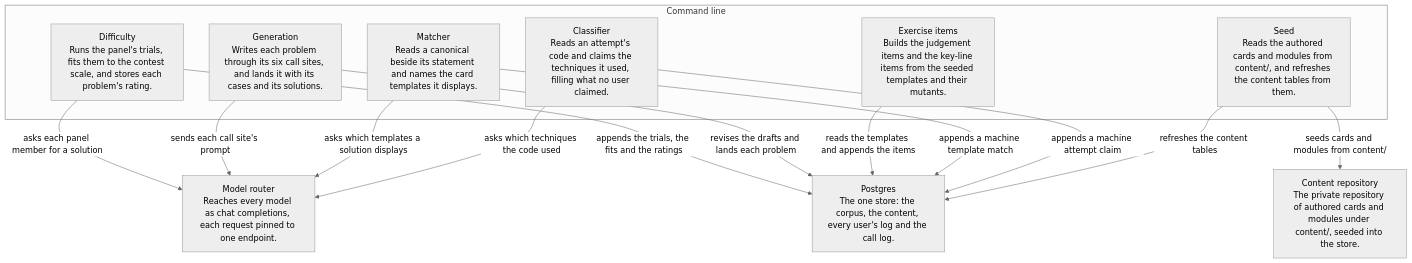
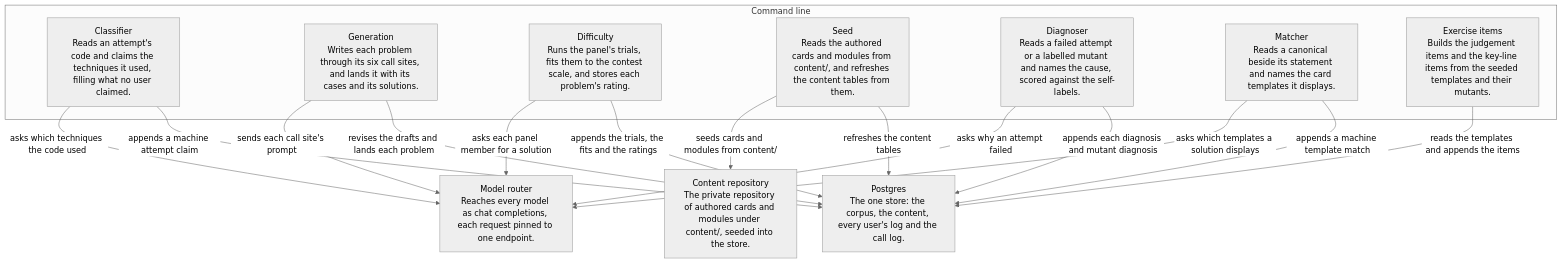
The fourth of 4 diagrams in docs/architecture/README.md (climbance/climbance), drawn with Mermaid (neutral theme) before and after one commit. The commit also changed other lines of this file and 91 other files, not shown here.

First line of the commit message:
docs(architecture): split log.md by element

````diff
--- a/docs/architecture/README.md
+++ b/docs/architecture/README.md
@@ -144,25 +162,28 @@
 ```mermaid
 flowchart TB
     model_router["Model router<br/>Reaches every model as chat completions, each request pinned to one endpoint."]
     content_repo["Content repository<br/>The private repository of authored cards and modules under content/, seeded into the store."]
     database["Postgres<br/>The one store: the corpus, the content, every user's log and the call log."]
     subgraph cli["Command line"]
         classifier["Classifier<br/>Reads an attempt's code and claims the techniques it used, filling what no user claimed."]
         generation["Generation<br/>Writes each problem through its six call sites, and lands it with its cases and its solutions."]
         difficulty["Difficulty<br/>Runs the panel's trials, fits them to the contest scale, and stores each problem's rating."]
         seed["Seed<br/>Reads the authored cards and modules from content/, and refreshes the content tables from them."]
+        diagnoser["Diagnoser<br/>Reads a failed attempt or a labelled mutant and names the cause, scored against the self-labels."]
         matcher["Matcher<br/>Reads a canonical beside its statement and names the card templates it displays."]
         exercise_items["Exercise items<br/>Builds the judgement items and the key-line items from the seeded templates and their mutants."]
     end
     seed -->|"seeds cards and modules from content/"| content_repo
     seed -->|"refreshes the content tables"| database
     classifier -->|"asks which techniques the code used"| model_router
     classifier -->|"appends a machine attempt claim"| database
     matcher -->|"asks which templates a solution displays"| model_router
     matcher -->|"appends a machine template match"| database
     exercise_items -->|"reads the templates and appends the items"| database
     generation -->|"sends each call site's prompt"| model_router
     generation -->|"revises the drafts and lands each problem"| database
     difficulty -->|"asks each panel member for a solution"| model_router
     difficulty -->|"appends the trials, the fits and the ratings"| database
+    diagnoser -->|"asks why an attempt failed"| model_router
+    diagnoser -->|"appends each diagnosis and mutant diagnosis"| database
 ```
````
